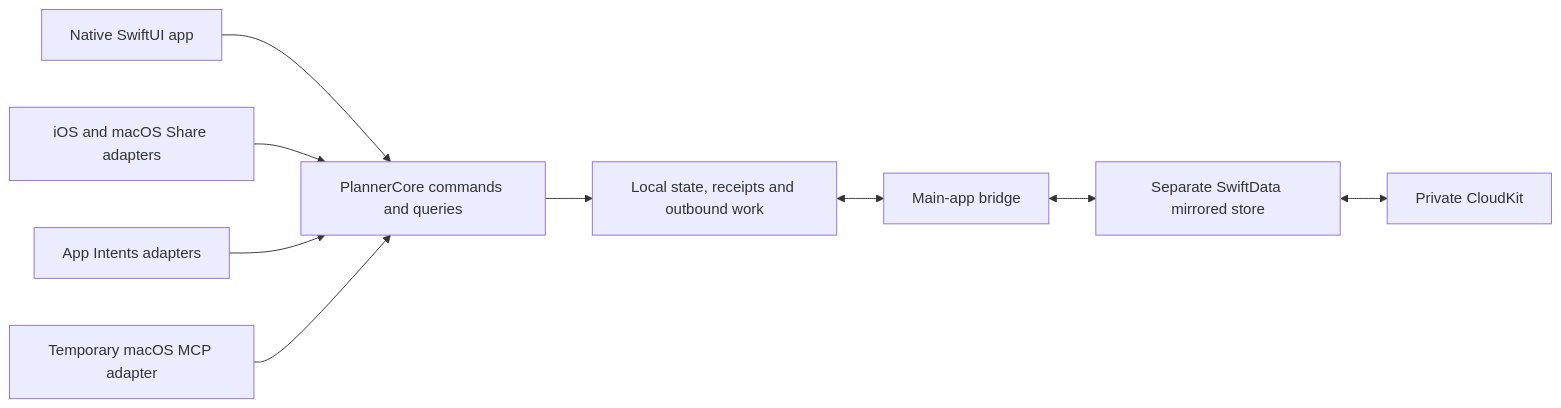
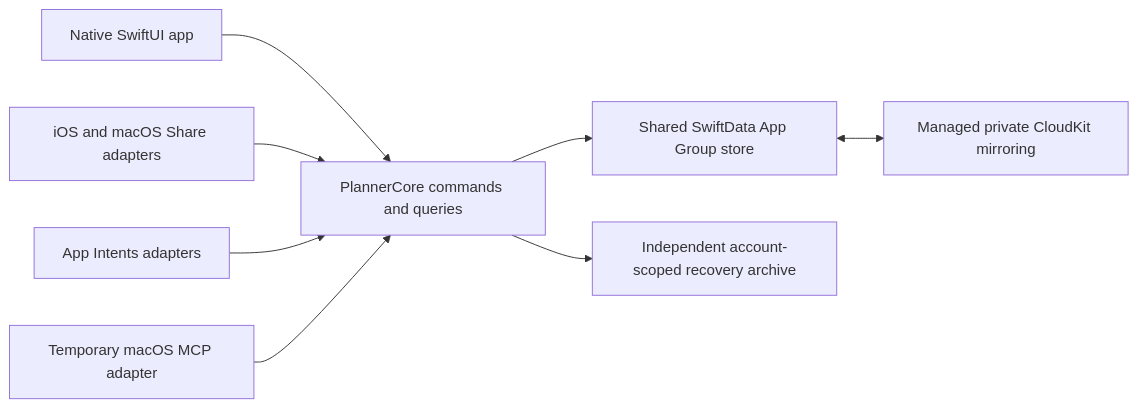
Before and after one commit to dvcol/planner: the diagram in docs/core-architecture.md, drawn with Mermaid. The commit also changed other lines of this file and 3 other files, not shown here.

Commit message:
docs: align planner architecture with native Apple guidance

````diff
--- a/docs/core-architecture.md
+++ b/docs/core-architecture.md
@@ -78,11 +92,10 @@
 ```mermaid
 flowchart LR
   App[Native SwiftUI app] --> Core[PlannerCore commands and queries]
   Share[iOS and macOS Share adapters] --> Core
   Intents[App Intents adapters] --> Core
   MCP[Temporary macOS MCP adapter] --> Core
-  Core --> Local[Local state, receipts and outbound work]
-  Local <--> Bridge[Main-app bridge]
-  Bridge <--> Mirror[Separate SwiftData mirrored store]
-  Mirror <--> Cloud[Private CloudKit]
+  Core --> Store[Shared SwiftData App Group store]
+  Core --> Recovery[Independent account-scoped recovery archive]
+  Store <--> Cloud[Managed private CloudKit mirroring]
 ```
````
